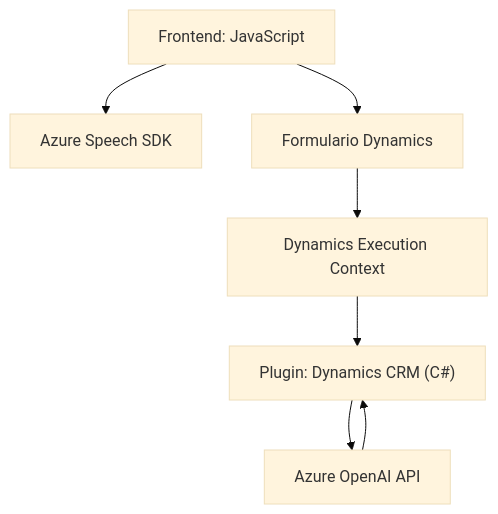
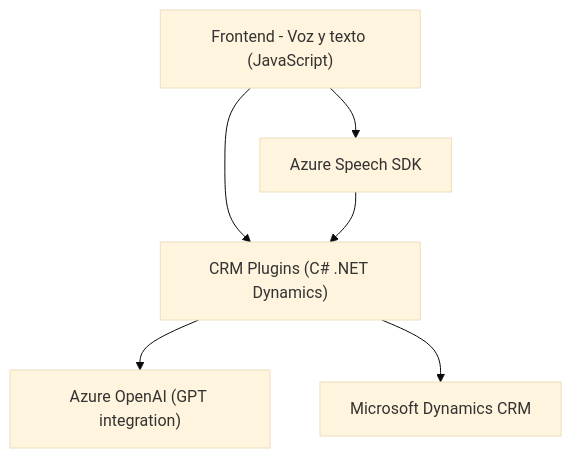
One commit to blopezdm/NETCORE_BILBAO2025 changed the diagram in README.md. Above: the diagram before and after it, drawn with Mermaid (base theme). The commit also changed other lines of this file, not shown here.

````diff
--- a/README.md
+++ b/README.md
@@ -50,16 +35,14 @@
 ```mermaid
 graph TD
-    A["Frontend: JavaScript"]
-    B["Plugin: Dynamics CRM (C#)"]
-    C["Azure Speech SDK"]
-    D["Azure OpenAI API"]
-    E["Dynamics Execution Context"]
-    F["Formulario Dynamics"]
+    AzureSpeechSDK["Azure Speech SDK"]
+    FrontendJS["Frontend - Voz y texto (JavaScript)"]
+    AzureOpenAI["Azure OpenAI (GPT integration)"]
+    CRMPlugins["CRM Plugins (C# .NET Dynamics)"]
 
-    A --> C
-    A --> F
-    F --> E
-    E --> B 
-    B --> D
-    D --> B
+    FrontendJS --> CRMPlugins
+    FrontendJS --> AzureSpeechSDK
+
+    AzureSpeechSDK --> CRMPlugins
+    CRMPlugins --> AzureOpenAI
+    CRMPlugins --> MicrosoftDynamics["Microsoft Dynamics CRM"]
 ```
````
